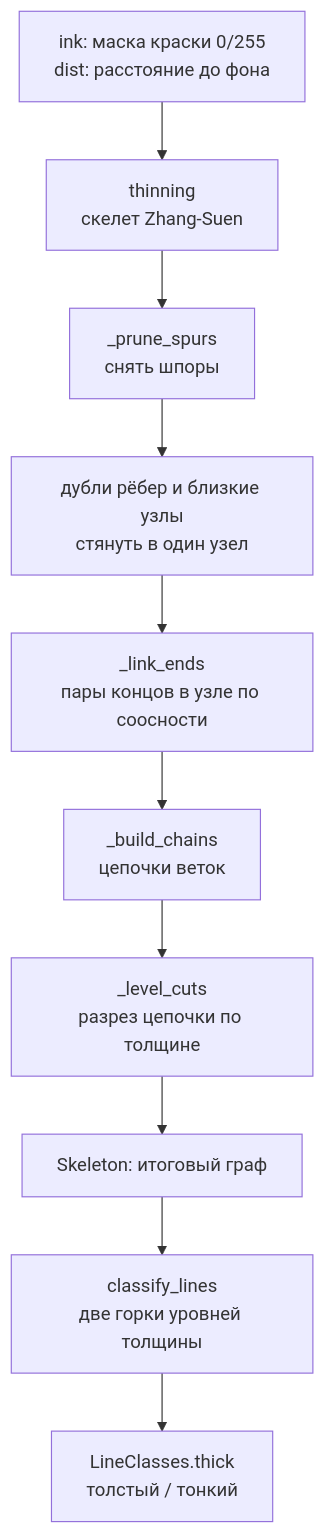
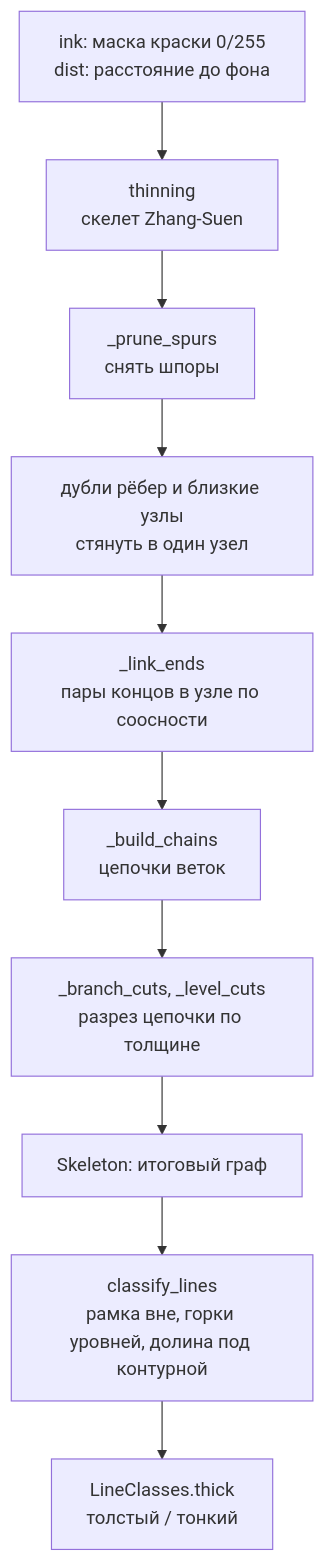
Before and after one commit to SergeyKrasnoslobodtsev/draftslice: the first of 2 diagrams in docs/architecture/modules/thick_lines.md, drawn with Mermaid. The commit also changed other lines of this file and 11 other files, not shown here.

````diff
--- a/docs/architecture/modules/thick_lines.md
+++ b/docs/architecture/modules/thick_lines.md
@@ -8,12 +8,12 @@
 ```mermaid
 flowchart TD
     A["ink: маска краски 0/255<br/>dist: расстояние до фона"] --> B["thinning<br/>скелет Zhang-Suen"]
     B --> C["_prune_spurs<br/>снять шпоры"]
     C --> D["дубли рёбер и близкие узлы<br/>стянуть в один узел"]
     D --> E["_link_ends<br/>пары концов в узле по соосности"]
     E --> F["_build_chains<br/>цепочки веток"]
-    F --> G["_level_cuts<br/>разрез цепочки по толщине"]
+    F --> G["_branch_cuts, _level_cuts<br/>разрез цепочки по толщине"]
     G --> H["Skeleton: итоговый граф"]
-    H --> I["classify_lines<br/>две горки уровней толщины"]
+    H --> I["classify_lines<br/>рамка вне, горки уровней, долина под контурной"]
     I --> J["LineClasses.thick<br/>толстый / тонкий"]
 ```
````
